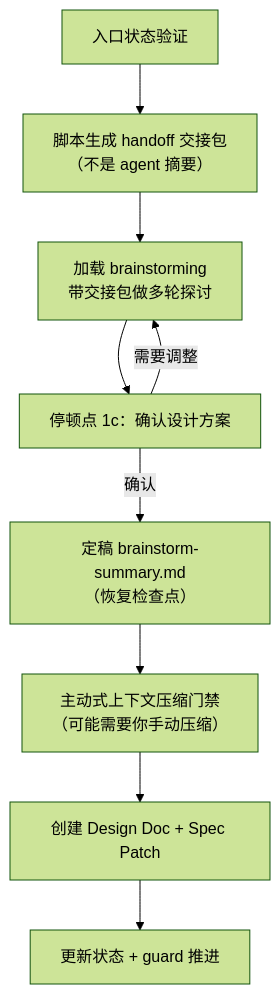
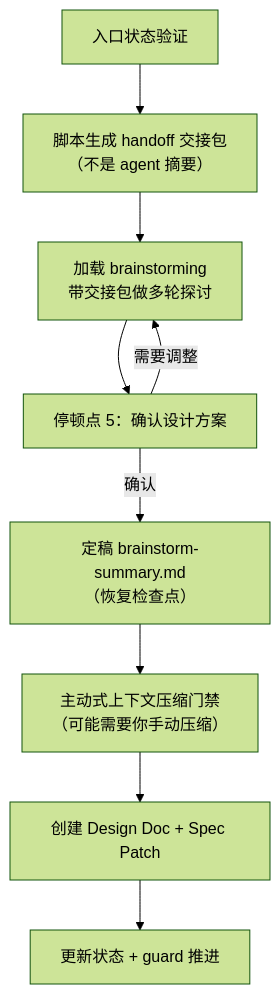
The diagram in zh/phases/design.mdx (rpamis/comet-website-docs), drawn with Mermaid (forest theme) before and after one commit. The commit also changed other lines of this file and 5 other files, not shown here.

````diff
--- a/zh/phases/design.mdx
+++ b/zh/phases/design.mdx
@@ -34,11 +34,11 @@
 ```mermaid
 flowchart TD
     Entry["入口状态验证"] --> S1a["脚本生成 handoff 交接包<br/>（不是 agent 摘要）"]
     S1a --> S1b["加载 brainstorming<br/>带交接包做多轮探讨"]
-    S1b --> S1c["停顿点 1c：确认设计方案"]
+    S1b --> S1c["停顿点 5：确认设计方案"]
     S1c -->|需要调整| S1b
     S1c -->|确认| S1d["定稿 brainstorm-summary.md<br/>（恢复检查点）"]
     S1d --> S1e["主动式上下文压缩门禁<br/>（可能需要你手动压缩）"]
     S1e --> S2["创建 Design Doc + Spec Patch"]
     S2 --> S3["更新状态 + guard 推进"]
 ```
````
